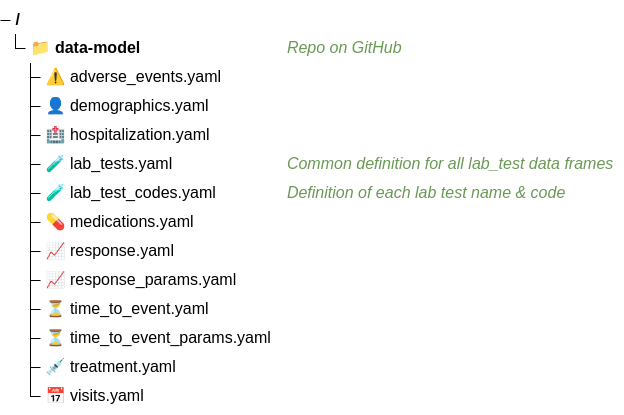
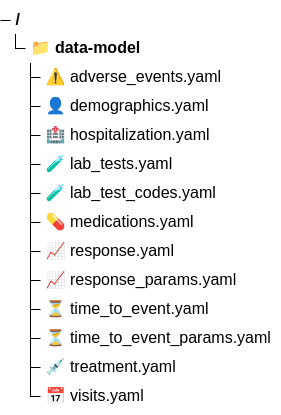
One commit to leslem/positconf2026 changed the diagram in data-model-directory-treeView.mmd. Above: the diagram before and after it, drawn with Mermaid. The commit also changed 18 other files, not shown here.

Commit message:
Cleaned titles and moved large diagrams and code blocks to partials

```diff
--- a/data-model-directory-treeView.mmd
+++ b/data-model-directory-treeView.mmd
@@ -1,15 +1,15 @@
 %%{init: {'themeCSS': '.treeView-node-description { fill: #4F4A4A; }'}}%%
 treeView-beta
-📁 data-model/  ## Repo on GitHub
+📁 data-model/
     ⚠️ adverse_events.yaml
     👤 demographics.yaml
     🏥 hospitalization.yaml
-    🧪 lab_tests.yaml  ## Common definition for all lab_test data frames
-    🧪 lab_test_codes.yaml  ## Definition of each lab test name & code
+    🧪 lab_tests.yaml
+    🧪 lab_test_codes.yaml
     💊 medications.yaml
     📈 response.yaml
     📈 response_params.yaml
     ⏳ time_to_event.yaml
     ⏳ time_to_event_params.yaml
     💉 treatment.yaml
     📅 visits.yaml
```
